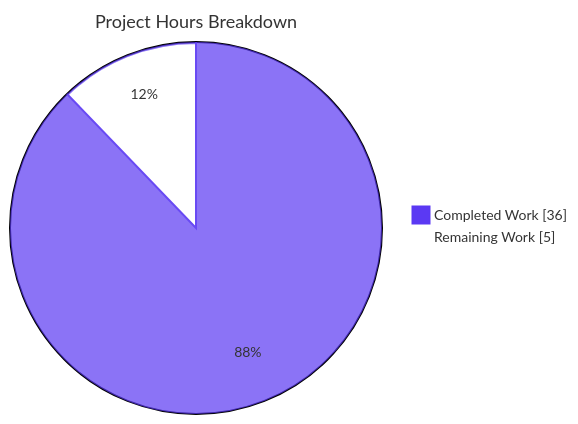
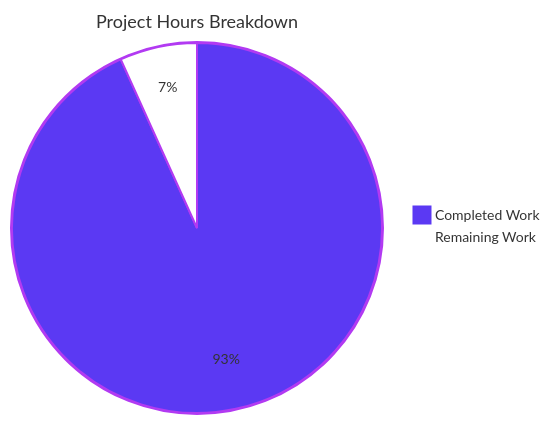
The second of 4 diagrams in blitzy/documentation/Project Guide.md (Blitzy-Sandbox/blitzy-RudderStack), drawn with Mermaid before and after one commit. The commit also changed other lines of this file, not shown here.

Commit message:
Adding Blitzy Project Guide: Project Status and Human Tasks Remaining

````diff
--- a/blitzy/documentation/Project Guide.md
+++ b/blitzy/documentation/Project Guide.md
@@ -245,6 +253,6 @@
 ```mermaid
-%%{init: {'theme':'base','themeVariables':{'pie1':'#5B39F3','pie2':'#FFFFFF','pieStrokeColor':'#5B39F3','pieOuterStrokeWidth':'2px','pieTitleTextSize':'18px','pieSectionTextSize':'14px','pieLegendTextSize':'14px'}}}%%
-pie showData title Project Hours Breakdown
-    "Completed Work" : 36
-    "Remaining Work" : 5
+%%{init: {'theme':'base','themeVariables':{'pie1':'#5B39F3','pie2':'#FFFFFF','pieStrokeColor':'#B23AF2','pieOuterStrokeColor':'#B23AF2','pieTitleTextSize':'18px','pieSectionTextSize':'14px','pieLegendTextSize':'14px','pieOpacity':'1'}}}%%
+pie title Project Hours Breakdown
+    "Completed Work" : 34.5
+    "Remaining Work" : 2.5
 ```
````
